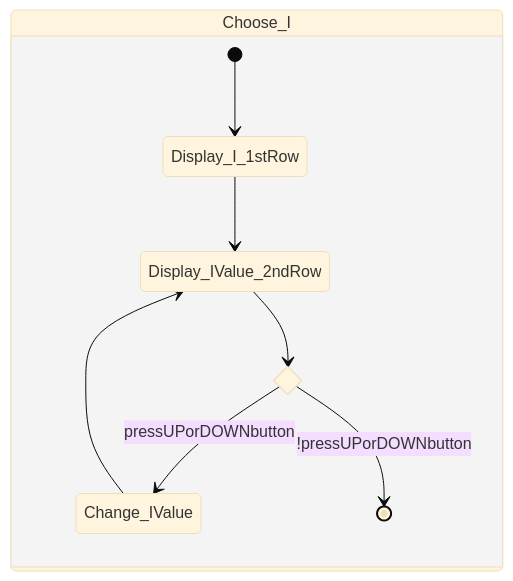
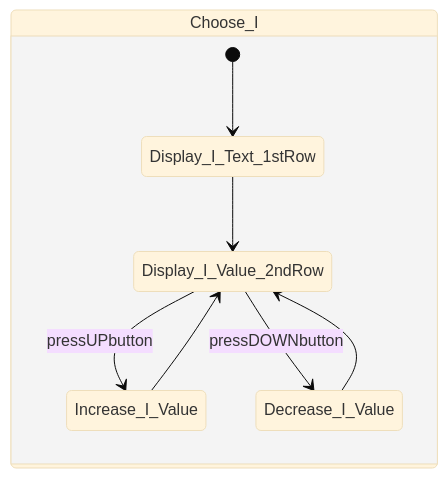
One commit to sondhg/embedded-control-fsm changed the ninth of 10 diagrams in README.md. Above: the diagram before and after it, drawn with Mermaid (base theme). The commit also changed other lines of this file, not shown here.

Commit message:
refactor state diagram for improved clarity and flow in temperature controller interface

````diff
--- a/README.md
+++ b/README.md
@@ -190,14 +164,12 @@
 ```mermaid
 stateDiagram-v2
     direction TB
     state Choose_I {
-        [*] --> Display_I_1stRow
-        Display_I_1stRow --> Display_IValue_2ndRow
-
-            state if_state_change_I_value <<choice>>
-            Display_IValue_2ndRow --> if_state_change_I_value
-            if_state_change_I_value --> Change_IValue: pressUPorDOWNbutton
-            Change_IValue --> Display_IValue_2ndRow
-            if_state_change_I_value --> [*]: !pressUPorDOWNbutton
+        [*] --> Display_I_Text_1stRow
+        Display_I_Text_1stRow --> Display_I_Value_2ndRow
+        Display_I_Value_2ndRow --> Increase_I_Value: pressUPbutton
+        Increase_I_Value --> Display_I_Value_2ndRow
+        Display_I_Value_2ndRow --> Decrease_I_Value: pressDOWNbutton
+        Decrease_I_Value --> Display_I_Value_2ndRow
         }
 ```
````
